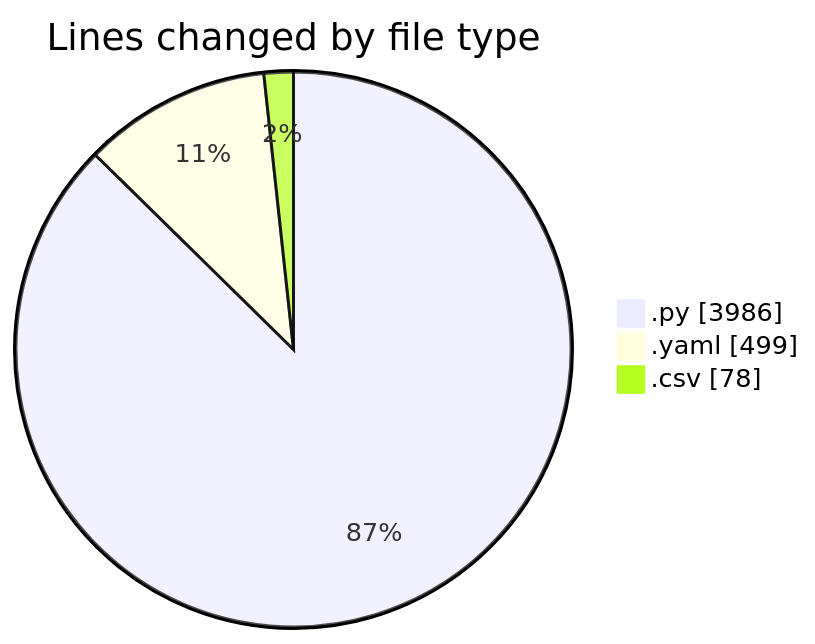
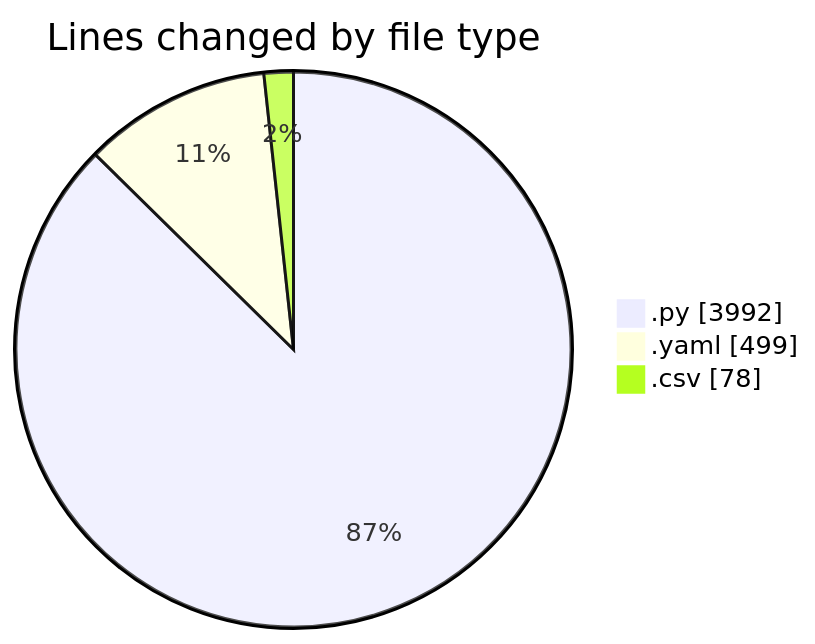
Before and after one commit to MatusMokan/code-tracking: the first of 2 diagrams in 2025-03-01/myws__workspace_/README.md, drawn with Mermaid. The commit also changed other lines of this file and 1 other file, not shown here.

````diff
--- a/2025-03-01/myws__workspace_/README.md
+++ b/2025-03-01/myws__workspace_/README.md
@@ -31,7 +31,7 @@
 ```mermaid
 pie showData
 title Lines changed by file type
-".py" : 3986
+".py" : 3992
 ".yaml" : 499
 ".csv" : 78
 ```
````
